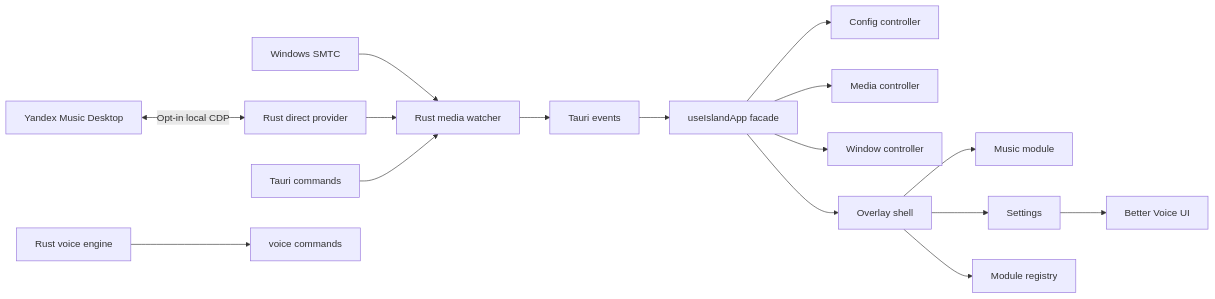
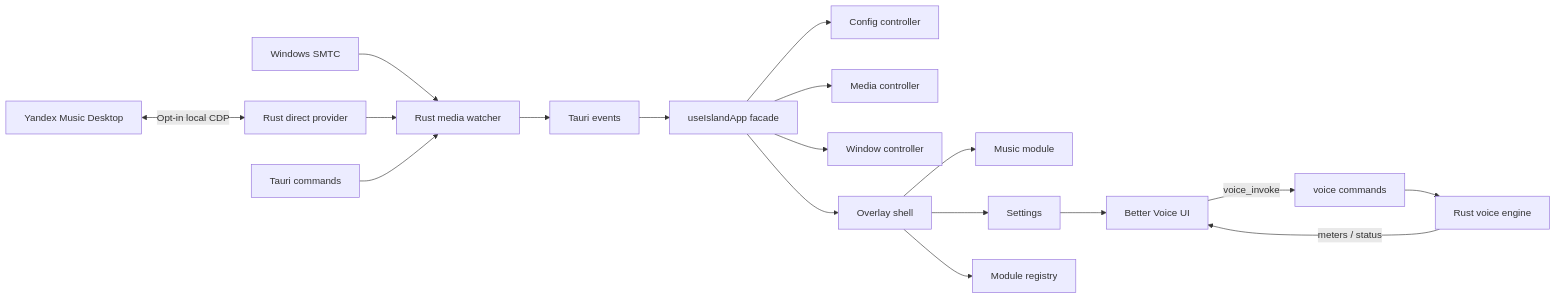
The diagram in README.md (redheadesign/music-island), drawn with Mermaid before and after one commit. The commit also changed 1 other file, not shown here.

Commit message:
Fix architecture diagram: wire Better Voice UI to voice commands/engine.

````diff
--- a/README.md
+++ b/README.md
@@ -32,18 +32,20 @@
 ```mermaid
 flowchart LR
   SMTC[Windows SMTC] --> MediaWatcher[Rust media watcher]
   Yandex[Yandex Music Desktop] <-->|Opt-in local CDP| DirectProvider[Rust direct provider]
   DirectProvider --> MediaWatcher
   MediaWatcher --> Events[Tauri events]
   Commands[Tauri commands] --> MediaWatcher
-  VoiceEngine[Rust voice engine] --> VoiceCmds[voice commands]
   Events --> AppFacade[useIslandApp facade]
   AppFacade --> ConfigController[Config controller]
   AppFacade --> MediaController[Media controller]
   AppFacade --> WindowController[Window controller]
   AppFacade --> Overlay[Overlay shell]
   Overlay --> Music[Music module]
   Overlay --> Settings[Settings]
   Settings --> BetterVoice[Better Voice UI]
   Overlay --> Registry[Module registry]
+  BetterVoice -->|voice_invoke| VoiceCmds[voice commands]
+  VoiceCmds --> VoiceEngine[Rust voice engine]
+  VoiceEngine -->|meters / status| BetterVoice
 ```
````
